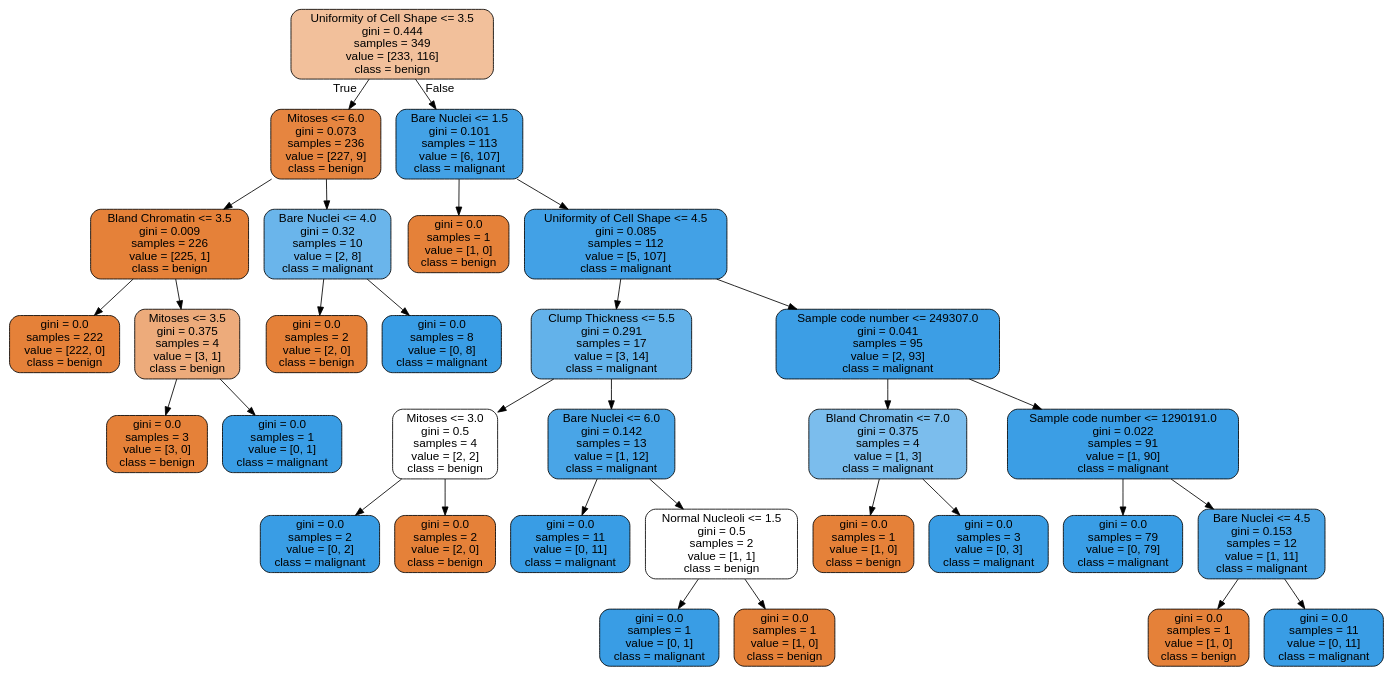
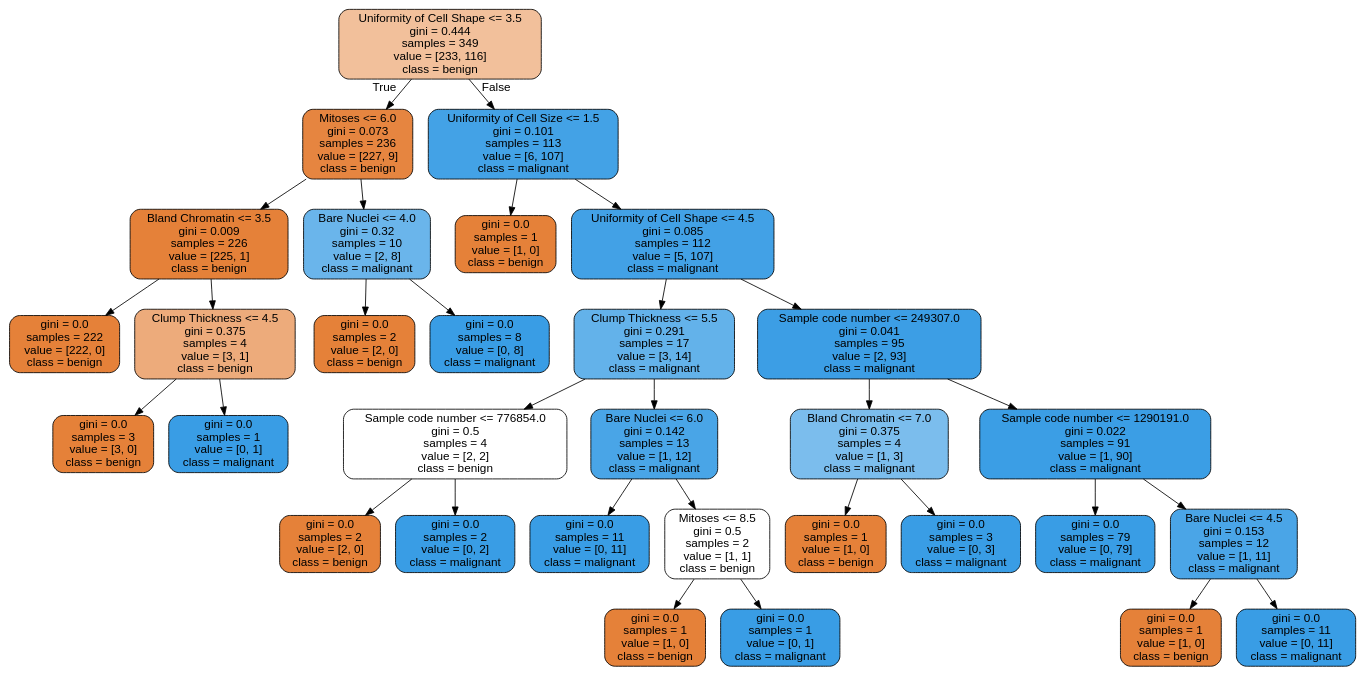
One commit to mrunders/s8-projects changed the diagram in fdd/decision_tree_dotFile.dot. Above: the diagram before and after it, drawn with Graphviz. The commit also changed 2 other files, not shown here.

```diff
--- a/fdd/decision_tree_dotFile.dot
+++ b/fdd/decision_tree_dotFile.dot
@@ -1,65 +1,65 @@
 digraph Tree {
 node [shape=box, style="filled, rounded", color="black", fontname=helvetica] ;
 edge [fontname=helvetica] ;
 0 [label="Uniformity of Cell Shape <= 3.5\ngini = 0.444\nsamples = 349\nvalue = [233, 116]\nclass = benign", fillcolor="#e5813980"] ;
 1 [label="Mitoses <= 6.0\ngini = 0.073\nsamples = 236\nvalue = [227, 9]\nclass = benign", fillcolor="#e58139f5"] ;
 0 -> 1 [labeldistance=2.5, labelangle=45, headlabel="True"] ;
 2 [label="Bland Chromatin <= 3.5\ngini = 0.009\nsamples = 226\nvalue = [225, 1]\nclass = benign", fillcolor="#e58139fe"] ;
 1 -> 2 ;
 3 [label="gini = 0.0\nsamples = 222\nvalue = [222, 0]\nclass = benign", fillcolor="#e58139ff"] ;
 2 -> 3 ;
-4 [label="Mitoses <= 3.5\ngini = 0.375\nsamples = 4\nvalue = [3, 1]\nclass = benign", fillcolor="#e58139aa"] ;
+4 [label="Clump Thickness <= 4.5\ngini = 0.375\nsamples = 4\nvalue = [3, 1]\nclass = benign", fillcolor="#e58139aa"] ;
 2 -> 4 ;
 5 [label="gini = 0.0\nsamples = 3\nvalue = [3, 0]\nclass = benign", fillcolor="#e58139ff"] ;
 4 -> 5 ;
 6 [label="gini = 0.0\nsamples = 1\nvalue = [0, 1]\nclass = malignant", fillcolor="#399de5ff"] ;
 4 -> 6 ;
 7 [label="Bare Nuclei <= 4.0\ngini = 0.32\nsamples = 10\nvalue = [2, 8]\nclass = malignant", fillcolor="#399de5bf"] ;
 1 -> 7 ;
 8 [label="gini = 0.0\nsamples = 2\nvalue = [2, 0]\nclass = benign", fillcolor="#e58139ff"] ;
 7 -> 8 ;
 9 [label="gini = 0.0\nsamples = 8\nvalue = [0, 8]\nclass = malignant", fillcolor="#399de5ff"] ;
 7 -> 9 ;
-10 [label="Bare Nuclei <= 1.5\ngini = 0.101\nsamples = 113\nvalue = [6, 107]\nclass = malignant", fillcolor="#399de5f1"] ;
+10 [label="Uniformity of Cell Size <= 1.5\ngini = 0.101\nsamples = 113\nvalue = [6, 107]\nclass = malignant", fillcolor="#399de5f1"] ;
 0 -> 10 [labeldistance=2.5, labelangle=-45, headlabel="False"] ;
 11 [label="gini = 0.0\nsamples = 1\nvalue = [1, 0]\nclass = benign", fillcolor="#e58139ff"] ;
 10 -> 11 ;
 12 [label="Uniformity of Cell Shape <= 4.5\ngini = 0.085\nsamples = 112\nvalue = [5, 107]\nclass = malignant", fillcolor="#399de5f3"] ;
 10 -> 12 ;
 13 [label="Clump Thickness <= 5.5\ngini = 0.291\nsamples = 17\nvalue = [3, 14]\nclass = malignant", fillcolor="#399de5c8"] ;
 12 -> 13 ;
-14 [label="Mitoses <= 3.0\ngini = 0.5\nsamples = 4\nvalue = [2, 2]\nclass = benign", fillcolor="#e5813900"] ;
+14 [label="Sample code number <= 776854.0\ngini = 0.5\nsamples = 4\nvalue = [2, 2]\nclass = benign", fillcolor="#e5813900"] ;
 13 -> 14 ;
-15 [label="gini = 0.0\nsamples = 2\nvalue = [0, 2]\nclass = malignant", fillcolor="#399de5ff"] ;
+15 [label="gini = 0.0\nsamples = 2\nvalue = [2, 0]\nclass = benign", fillcolor="#e58139ff"] ;
 14 -> 15 ;
-16 [label="gini = 0.0\nsamples = 2\nvalue = [2, 0]\nclass = benign", fillcolor="#e58139ff"] ;
+16 [label="gini = 0.0\nsamples = 2\nvalue = [0, 2]\nclass = malignant", fillcolor="#399de5ff"] ;
 14 -> 16 ;
 17 [label="Bare Nuclei <= 6.0\ngini = 0.142\nsamples = 13\nvalue = [1, 12]\nclass = malignant", fillcolor="#399de5ea"] ;
 13 -> 17 ;
 18 [label="gini = 0.0\nsamples = 11\nvalue = [0, 11]\nclass = malignant", fillcolor="#399de5ff"] ;
 17 -> 18 ;
-19 [label="Normal Nucleoli <= 1.5\ngini = 0.5\nsamples = 2\nvalue = [1, 1]\nclass = benign", fillcolor="#e5813900"] ;
+19 [label="Mitoses <= 8.5\ngini = 0.5\nsamples = 2\nvalue = [1, 1]\nclass = benign", fillcolor="#e5813900"] ;
 17 -> 19 ;
-20 [label="gini = 0.0\nsamples = 1\nvalue = [0, 1]\nclass = malignant", fillcolor="#399de5ff"] ;
+20 [label="gini = 0.0\nsamples = 1\nvalue = [1, 0]\nclass = benign", fillcolor="#e58139ff"] ;
 19 -> 20 ;
-21 [label="gini = 0.0\nsamples = 1\nvalue = [1, 0]\nclass = benign", fillcolor="#e58139ff"] ;
+21 [label="gini = 0.0\nsamples = 1\nvalue = [0, 1]\nclass = malignant", fillcolor="#399de5ff"] ;
 19 -> 21 ;
 22 [label="Sample code number <= 249307.0\ngini = 0.041\nsamples = 95\nvalue = [2, 93]\nclass = malignant", fillcolor="#399de5fa"] ;
 12 -> 22 ;
 23 [label="Bland Chromatin <= 7.0\ngini = 0.375\nsamples = 4\nvalue = [1, 3]\nclass = malignant", fillcolor="#399de5aa"] ;
 22 -> 23 ;
 24 [label="gini = 0.0\nsamples = 1\nvalue = [1, 0]\nclass = benign", fillcolor="#e58139ff"] ;
 23 -> 24 ;
 25 [label="gini = 0.0\nsamples = 3\nvalue = [0, 3]\nclass = malignant", fillcolor="#399de5ff"] ;
 23 -> 25 ;
 26 [label="Sample code number <= 1290191.0\ngini = 0.022\nsamples = 91\nvalue = [1, 90]\nclass = malignant", fillcolor="#399de5fc"] ;
 22 -> 26 ;
 27 [label="gini = 0.0\nsamples = 79\nvalue = [0, 79]\nclass = malignant", fillcolor="#399de5ff"] ;
 26 -> 27 ;
 28 [label="Bare Nuclei <= 4.5\ngini = 0.153\nsamples = 12\nvalue = [1, 11]\nclass = malignant", fillcolor="#399de5e8"] ;
 26 -> 28 ;
 29 [label="gini = 0.0\nsamples = 1\nvalue = [1, 0]\nclass = benign", fillcolor="#e58139ff"] ;
 28 -> 29 ;
 30 [label="gini = 0.0\nsamples = 11\nvalue = [0, 11]\nclass = malignant", fillcolor="#399de5ff"] ;
 28 -> 30 ;
 }
```
